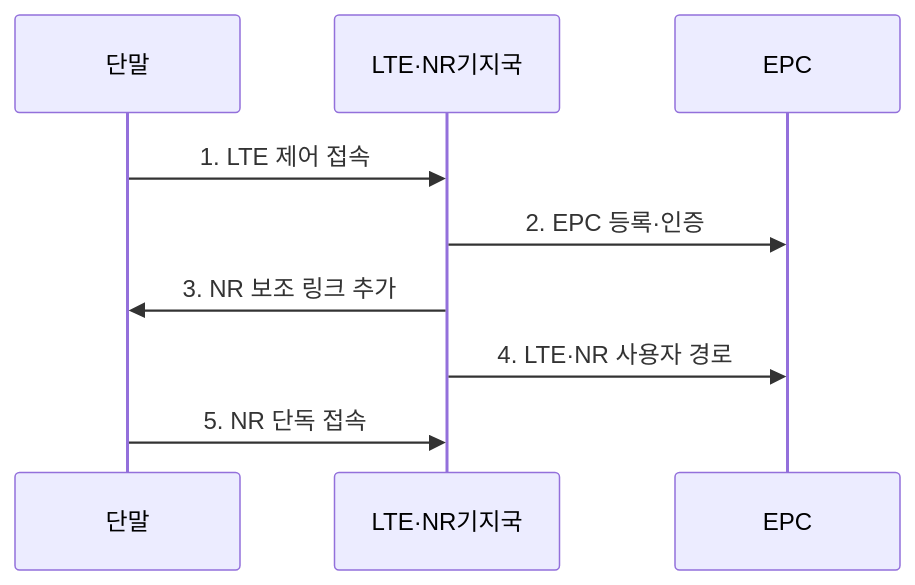
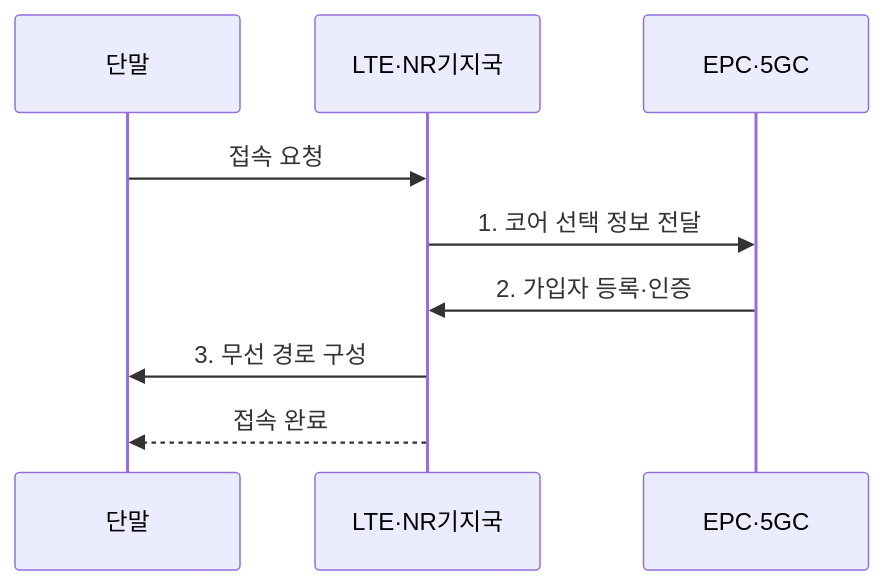
Before and after one commit to agnusdei1207/knowledge-base: the second of 2 diagrams in src/content/docs/notes/04-network/037_5g_sa_nsa.md, drawn with Mermaid. The commit also changed other lines of this file and 20 other files, not shown here.

````diff
--- a/src/content/docs/notes/04-network/037_5g_sa_nsa.md
+++ b/src/content/docs/notes/04-network/037_5g_sa_nsa.md
@@ -80,11 +73,11 @@
 ```mermaid
 sequenceDiagram
     participant 단말
     participant LTE·NR기지국
-    participant EPC
-    단말->>LTE·NR기지국: 1. LTE 제어 접속
-    LTE·NR기지국->>EPC: 2. EPC 등록·인증
-    LTE·NR기지국->>단말: 3. NR 보조 링크 추가
-    LTE·NR기지국->>EPC: 4. LTE·NR 사용자 경로
-    단말->>LTE·NR기지국: 5. NR 단독 접속
+    participant EPC·5GC
+    단말->>LTE·NR기지국: 접속 요청
+    LTE·NR기지국->>EPC·5GC: 1. 코어 선택 정보 전달
+    EPC·5GC->>LTE·NR기지국: 2. 가입자 등록·인증
+    LTE·NR기지국->>단말: 3. 무선 경로 구성
+    LTE·NR기지국-->>단말: 접속 완료
 ```
````
